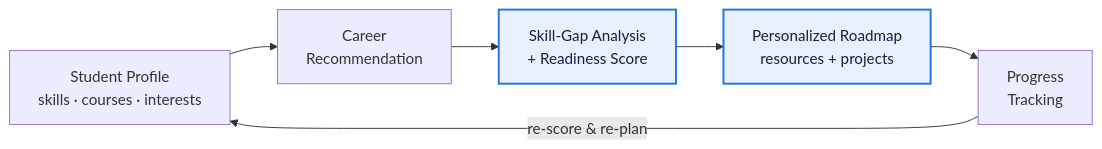
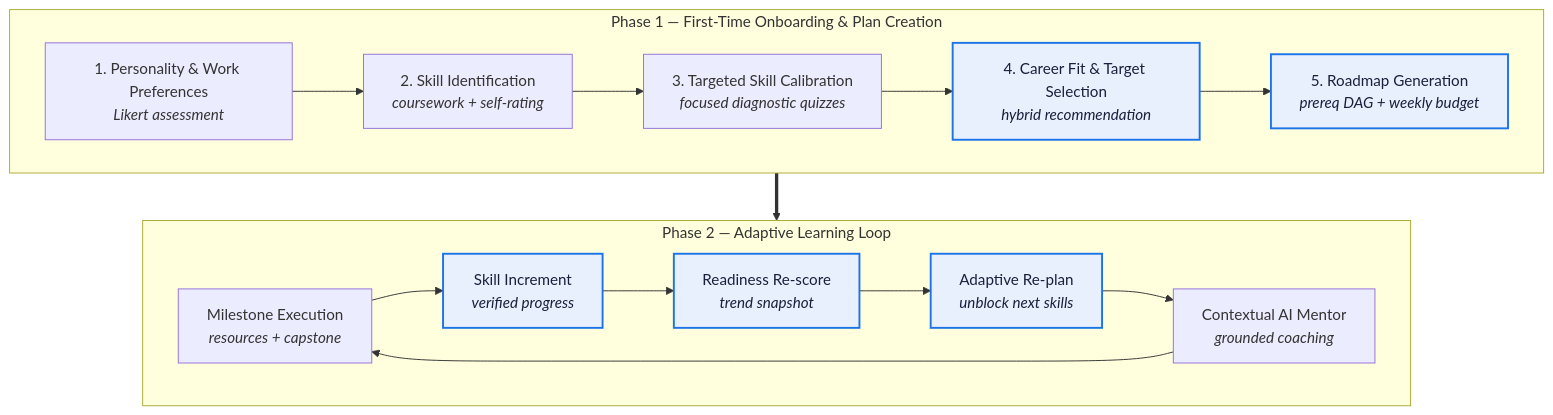
One commit to Masar-SCU/Masar changed the diagram in README.md. Above: the diagram before and after it, drawn with Mermaid. The commit also changed other lines of this file and 1 other file, not shown here.

Commit message:
docs(workflow): define end-to-end onboarding and adaptive learning loops in README and overview

````diff
--- a/README.md
+++ b/README.md
@@ -50,11 +52,24 @@
 ```mermaid
-flowchart LR
-    P["Student Profile<br/>skills · courses · interests"] --> C["Career<br/>Recommendation"]
-    C --> G["Skill-Gap Analysis<br/>+ Readiness Score"]
-    G --> R["Personalized Roadmap<br/>resources + projects"]
-    R --> T["Progress<br/>Tracking"]
-    T -->|"re-score & re-plan"| P
+flowchart TD
+    subgraph ONBOARD["Phase 1 — First-Time Onboarding & Plan Creation"]
+        direction LR
+        A1["1. Personality & Work Preferences<br/><i>Likert assessment</i>"] --> A2["2. Skill Identification<br/><i>coursework + self-rating</i>"]
+        A2 --> A3["3. Targeted Skill Calibration<br/><i>focused diagnostic quizzes</i>"]
+        A3 --> A4["4. Career Fit & Target Selection<br/><i>hybrid recommendation</i>"]
+        A4 --> A5["5. Roadmap Generation<br/><i>prereq DAG + weekly budget</i>"]
+    end
+
+    subgraph LOOP["Phase 2 — Adaptive Learning Loop"]
+        direction LR
+        B1["Milestone Execution<br/><i>resources + capstone</i>"] --> B2["Skill Increment<br/><i>verified progress</i>"]
+        B2 --> B3["Readiness Re-score<br/><i>trend snapshot</i>"]
+        B3 --> B4["Adaptive Re-plan<br/><i>unblock next skills</i>"]
+        B4 --> B5["Contextual AI Mentor<br/><i>grounded coaching</i>"]
+        B5 --> B1
+    end
+
+    A5 ==> B1
 
     classDef core fill:#E8F0FE,stroke:#1A73E8,stroke-width:2px,color:#1B1F3B
-    class G,R core
+    class A4,A5,B2,B3,B4 core
 ```
````
